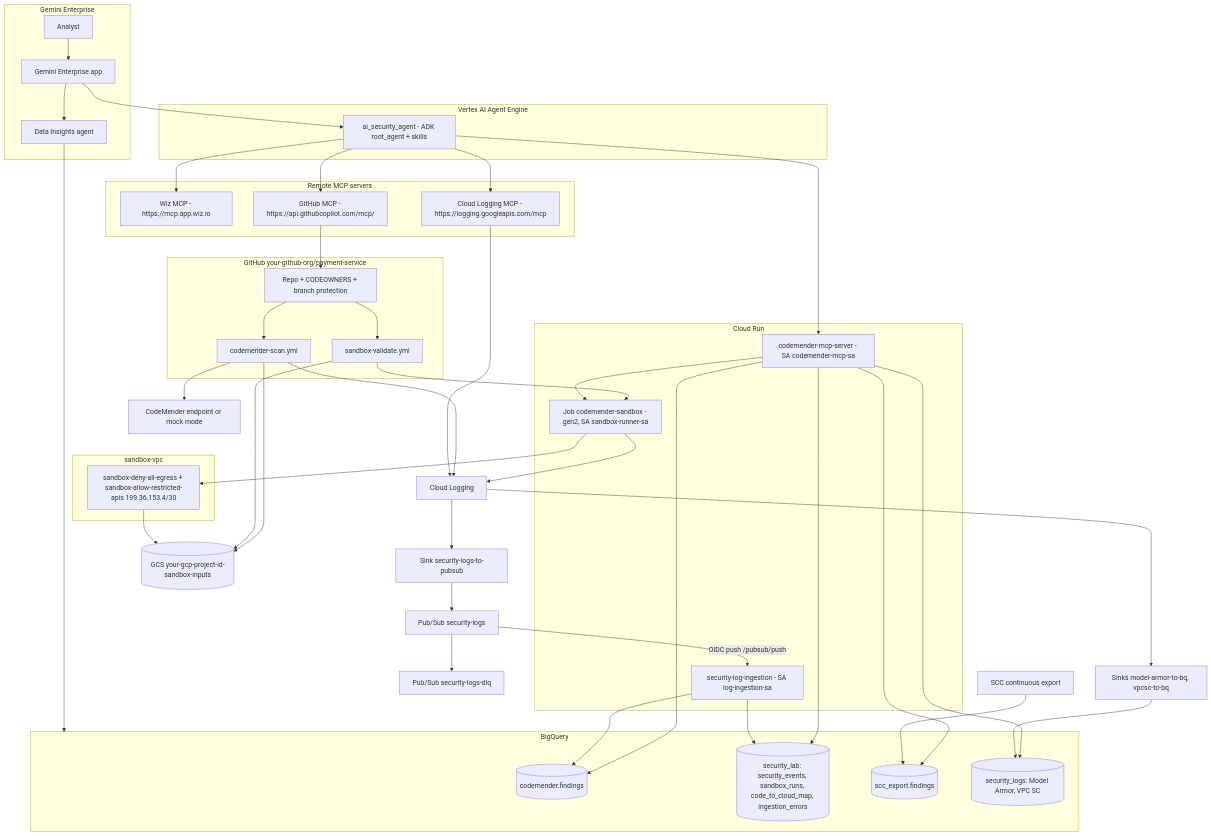
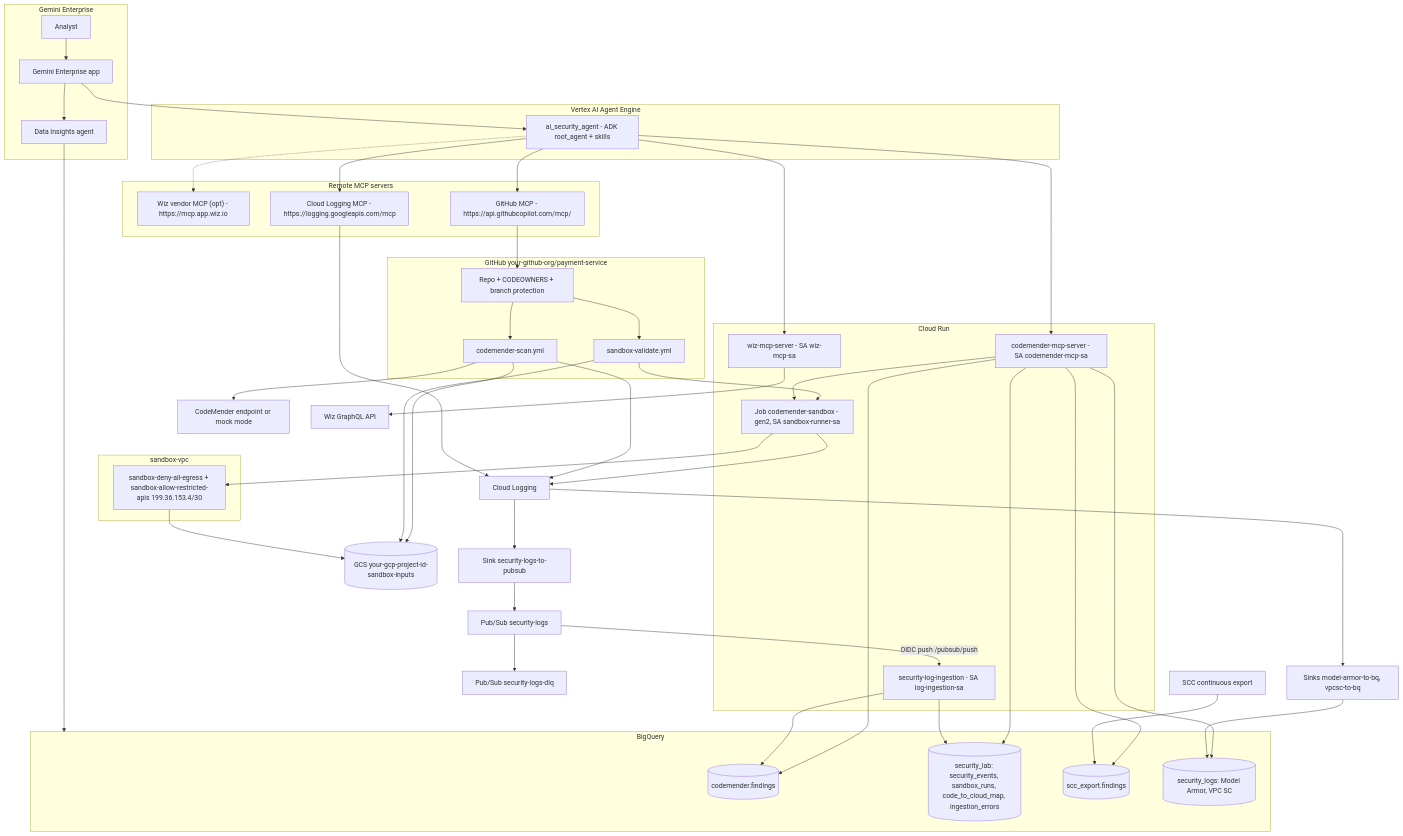
One commit to avnit/codemender-mcp changed the first of 2 diagrams in lab/00-overview.md. Above: the diagram before and after it, drawn with Mermaid. The commit also changed other lines of this file and 56 other files, not shown here.

Commit message:
feat: split Cloud Run MCP into codemender-mcp-server and wiz-mcp-server

```diff
--- a/lab/00-overview.md
+++ b/lab/00-overview.md
@@ -79,13 +79,14 @@
     end
 
     subgraph Remote["Remote MCP servers"]
-        wiz["Wiz MCP - https://mcp.app.wiz.io"]
+        wizremote["Wiz vendor MCP (opt) - https://mcp.app.wiz.io"]
         logmcp["Cloud Logging MCP - https://logging.googleapis.com/mcp"]
         gh["GitHub MCP - https://api.githubcopilot.com/mcp/"]
     end
 
     subgraph Run["Cloud Run"]
         cm["codemender-mcp-server - SA codemender-mcp-sa"]
+        wizrun["wiz-mcp-server - SA wiz-mcp-sa"]
         ing["security-log-ingestion - SA log-ingestion-sa"]
         job["Job codemender-sandbox - gen2, SA sandbox-runner-sa"]
     end
@@ -115,12 +116,15 @@
     scc["SCC continuous export"]
     sinks2["Sinks model-armor-to-bq, vpcsc-to-bq"]
     cmapi["CodeMender endpoint or mock mode"]
+    wizapi["Wiz GraphQL API"]
 
     app --> agent
-    agent --> wiz
+    agent --> wizrun
+    agent -.-> wizremote
     agent --> logmcp
     agent --> gh
     agent --> cm
+    wizrun --> wizapi
     gh --> repo
     repo --> scan
     repo --> val
```
